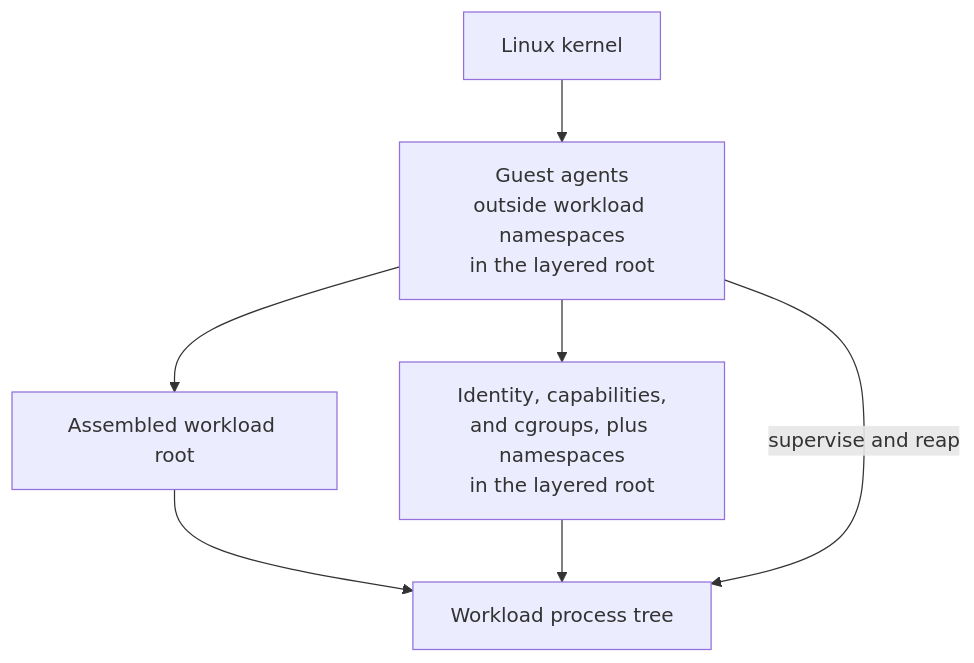
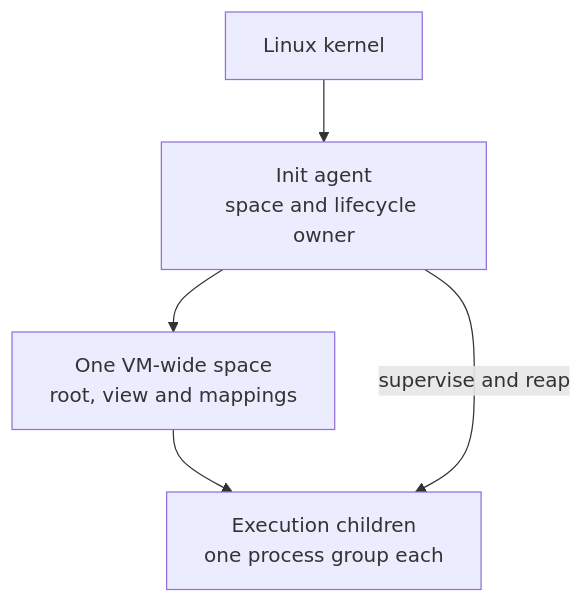
One commit to microsoft/nvx changed the diagram in doc/design/4.2-guest-agents-and-workload-model.md. Above: the diagram before and after it, drawn with Mermaid. The commit also changed other lines of this file and 6 other files, not shown here.

First line of the commit message:
doc: document init-agent lifecycle obligations

````diff
--- a/doc/design/4.2-guest-agents-and-workload-model.md
+++ b/doc/design/4.2-guest-agents-and-workload-model.md
@@ -19,15 +12,12 @@
 ```mermaid
 flowchart TB
    Kernel["Linux kernel"]
-   Agents["Guest agents<br/>outside workload namespaces<br/>in the layered root"]
-   Root["Assembled workload root"]
-   Isolation["Identity, capabilities,<br/>and cgroups, plus namespaces<br/>in the layered root"]
-   Workload["Workload process tree"]
+   Agents["Init agent<br/>space and lifecycle owner"]
+   Root["One VM-wide space<br/>root, view and mappings"]
+   Workload["Execution children<br/>one process group each"]
 
    Kernel --> Agents
    Agents --> Root
-   Agents --> Isolation
    Root --> Workload
-   Isolation --> Workload
    Agents -->|"supervise and reap"| Workload
 ```
````
